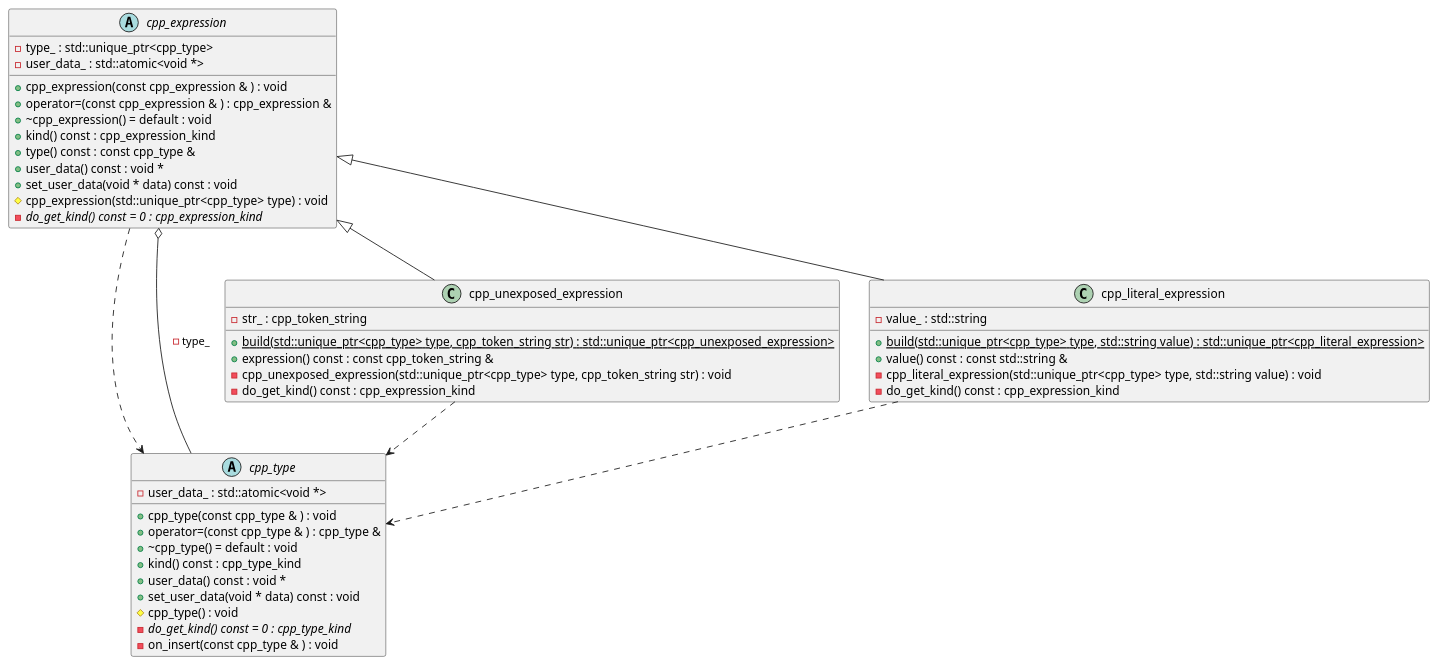
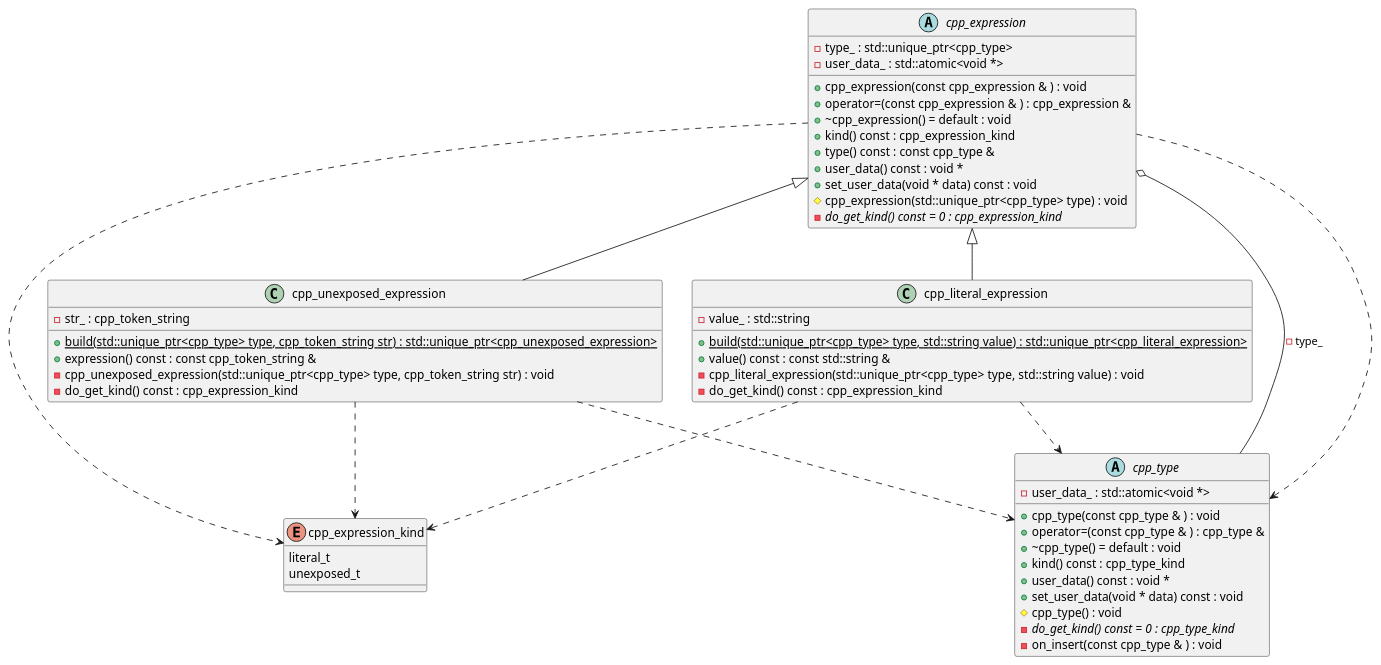
Before and after one commit to bkryza/clang-uml-examples: the diagram in cppast/puml/cpp_expression_class_diagram.puml, drawn with PlantUML. The commit also changed 79 other files, not shown here.

Commit message:
Updated config files for clang-uml 0.3.4

```diff
--- a/cppast/puml/cpp_expression_class_diagram.puml
+++ b/cppast/puml/cpp_expression_class_diagram.puml
@@ -1,51 +1,62 @@
 @startuml
+enum "cpp_expression_kind" as C_0000674801488983168216
+enum C_0000674801488983168216 [[https://github.com/foonathan/cppast/blob/f00df6675d87c6983033d270728c57a55cd3db22/include/cppast/cppast_fwd.hpp#L93{cpp_expression_kind}]] {
+literal_t
+unexposed_t
+}
 abstract "cpp_type" as C_0001585653041236922459
-abstract C_0001585653041236922459 [[https://github.com/foonathan/cppast/blob/f81be80b524a88533f7e5eefd96fe10dc59cc289/include/cppast/cpp_type.hpp#L44{Base class for all C++ types.}]] {
+abstract C_0001585653041236922459 [[https://github.com/foonathan/cppast/blob/f00df6675d87c6983033d270728c57a55cd3db22/include/cppast/cpp_type.hpp#L44{cpp_type}]] {
 +cpp_type(const cpp_type & ) : void
 +operator=(const cpp_type & ) : cpp_type &
 +~cpp_type() = default : void
 +kind() const : cpp_type_kind
 +user_data() const : void *
 +set_user_data(void * data) const : void
 #cpp_type() : void
 {abstract} -do_get_kind() const = 0 : cpp_type_kind
 -on_insert(const cpp_type & ) : void
--user_data_ : std::atomic<void *> [[[https://github.com/foonathan/cppast/blob/f81be80b524a88533f7e5eefd96fe10dc59cc289/include/cppast/cpp_type.hpp#L85{user_data_}]]]
+-user_data_ : std::atomic<void *> [[[https://github.com/foonathan/cppast/blob/f00df6675d87c6983033d270728c57a55cd3db22/include/cppast/cpp_type.hpp#L85{user_data_}]]]
 }
 abstract "cpp_expression" as C_0002228471918600734475
-abstract C_0002228471918600734475 [[https://github.com/foonathan/cppast/blob/f81be80b524a88533f7e5eefd96fe10dc59cc289/include/cppast/cpp_expression.hpp#L24{Base class for all C++ expressions.}]] {
+abstract C_0002228471918600734475 [[https://github.com/foonathan/cppast/blob/f00df6675d87c6983033d270728c57a55cd3db22/include/cppast/cpp_expression.hpp#L24{cpp_expression}]] {
 +cpp_expression(const cpp_expression & ) : void
 +operator=(const cpp_expression & ) : cpp_expression &
 +~cpp_expression() = default : void
 +kind() const : cpp_expression_kind
 +type() const : const cpp_type &
 +user_data() const : void *
 +set_user_data(void * data) const : void
 #cpp_expression(std::unique_ptr<cpp_type> type) : void
 {abstract} -do_get_kind() const = 0 : cpp_expression_kind
--type_ : std::unique_ptr<cpp_type> [[[https://github.com/foonathan/cppast/blob/f81be80b524a88533f7e5eefd96fe10dc59cc289/include/cppast/cpp_expression.hpp#L74{type_}]]]
--user_data_ : std::atomic<void *> [[[https://github.com/foonathan/cppast/blob/f81be80b524a88533f7e5eefd96fe10dc59cc289/include/cppast/cpp_expression.hpp#L75{user_data_}]]]
+-type_ : std::unique_ptr<cpp_type> [[[https://github.com/foonathan/cppast/blob/f00df6675d87c6983033d270728c57a55cd3db22/include/cppast/cpp_expression.hpp#L74{type_}]]]
+-user_data_ : std::atomic<void *> [[[https://github.com/foonathan/cppast/blob/f00df6675d87c6983033d270728c57a55cd3db22/include/cppast/cpp_expression.hpp#L75{user_data_}]]]
 }
 class "cpp_unexposed_expression" as C_0000978206085606851269
-class C_0000978206085606851269 [[https://github.com/foonathan/cppast/blob/f81be80b524a88533f7e5eefd96fe10dc59cc289/include/cppast/cpp_expression.hpp#L81{An unexposed [cppast::cpp_expression](). There is no further information than a string available.}]] {
+class C_0000978206085606851269 [[https://github.com/foonathan/cppast/blob/f00df6675d87c6983033d270728c57a55cd3db22/include/cppast/cpp_expression.hpp#L81{cpp_unexposed_expression}]] {
 {static} +build(std::unique_ptr<cpp_type> type, cpp_token_string str) : std::unique_ptr<cpp_unexposed_expression>
 +expression() const : const cpp_token_string &
 -cpp_unexposed_expression(std::unique_ptr<cpp_type> type, cpp_token_string str) : void
 -do_get_kind() const : cpp_expression_kind
--str_ : cpp_token_string [[[https://github.com/foonathan/cppast/blob/f81be80b524a88533f7e5eefd96fe10dc59cc289/include/cppast/cpp_expression.hpp#L108{str_}]]]
+-str_ : cpp_token_string [[[https://github.com/foonathan/cppast/blob/f00df6675d87c6983033d270728c57a55cd3db22/include/cppast/cpp_expression.hpp#L108{str_}]]]
 }
 class "cpp_literal_expression" as C_0001481645313438672561
-class C_0001481645313438672561 [[https://github.com/foonathan/cppast/blob/f81be80b524a88533f7e5eefd96fe10dc59cc289/include/cppast/cpp_expression.hpp#L112{A [cppast::cpp_expression]() that is a literal.}]] {
+class C_0001481645313438672561 [[https://github.com/foonathan/cppast/blob/f00df6675d87c6983033d270728c57a55cd3db22/include/cppast/cpp_expression.hpp#L112{cpp_literal_expression}]] {
 {static} +build(std::unique_ptr<cpp_type> type, std::string value) : std::unique_ptr<cpp_literal_expression>
 +value() const : const std::string &
 -cpp_literal_expression(std::unique_ptr<cpp_type> type, std::string value) : void
 -do_get_kind() const : cpp_expression_kind
--value_ : std::string [[[https://github.com/foonathan/cppast/blob/f81be80b524a88533f7e5eefd96fe10dc59cc289/include/cppast/cpp_expression.hpp#L139{value_}]]]
+-value_ : std::string [[[https://github.com/foonathan/cppast/blob/f00df6675d87c6983033d270728c57a55cd3db22/include/cppast/cpp_expression.hpp#L139{value_}]]]
 }
+C_0002228471918600734475 ..> C_0000674801488983168216
 C_0002228471918600734475 ..> C_0001585653041236922459
 C_0002228471918600734475 o-- C_0001585653041236922459 : -type_
 C_0000978206085606851269 ..> C_0001585653041236922459
+C_0000978206085606851269 ..> C_0000674801488983168216
 C_0002228471918600734475 <|-- C_0000978206085606851269
 C_0001481645313438672561 ..> C_0001585653041236922459
+C_0001481645313438672561 ..> C_0000674801488983168216
 C_0002228471918600734475 <|-- C_0001481645313438672561
+
+'Generated with clang-uml, version 0.3.4-2-gc91fe43
+'LLVM version Ubuntu clang version 15.0.6
 @enduml
```
